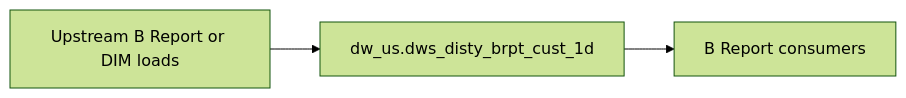
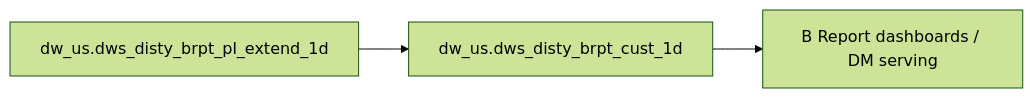
Before and after one commit to chengduhaha/data_agent: the diagram in backend/defaults/b_report/workspace/target/knowledgebase/b-report-us/dws_disty_brpt_cust_1d.md, drawn with Mermaid (forest theme). The commit also changed other lines of this file and 1108 other files, not shown here.

````diff
--- a/backend/defaults/b_report/workspace/target/knowledgebase/b-report-us/dws_disty_brpt_cust_1d.md
+++ b/backend/defaults/b_report/workspace/target/knowledgebase/b-report-us/dws_disty_brpt_cust_1d.md
@@ -157,8 +267,8 @@
 ```mermaid
 flowchart LR
-  upstream[Upstream B Report or DIM loads]
-  tgt["dw_us.dws_disty_brpt_cust_1d"]
-  brpt[B Report consumers]
-  upstream --> tgt
-  tgt --> brpt
+  dw_us_dws_disty_brpt_cust_1d["dw_us.dws_disty_brpt_cust_1d"]
+  src0["dw_us.dws_disty_brpt_pl_extend_1d"]
+  src0 --> dw_us_dws_disty_brpt_cust_1d
+  consumers["B Report dashboards / DM serving"]
+  dw_us_dws_disty_brpt_cust_1d --> consumers
 ```
````
